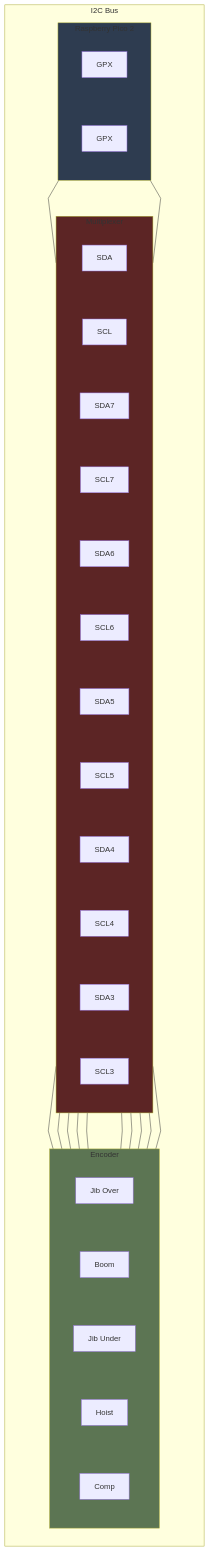
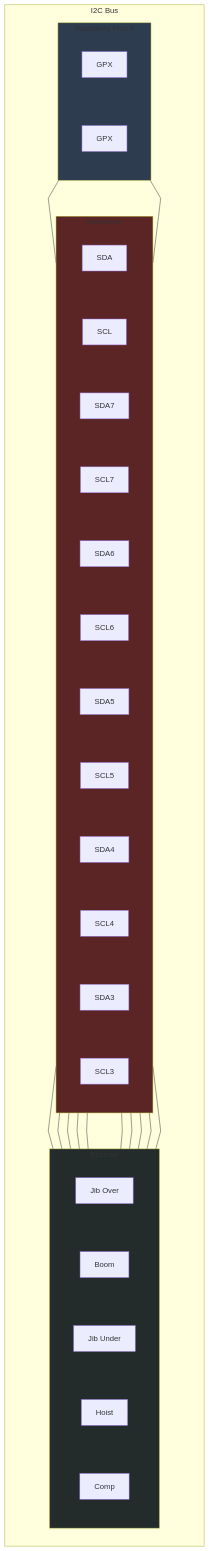
The second of 4 diagrams in README.md (lyngstad-armin/scale-crane-electric-wire-luffing), drawn with Mermaid before and after one commit. The commit also changed other lines of this file, not shown here.

Commit message:
Fixed broken hexes, and invalid syntax in power wiring schematic

````diff
--- a/README.md
+++ b/README.md
@@ -203,6 +203,6 @@
 
 %% STYLE FILL
 style PICO fill:#2e3c50
-style ENC fill:#242b
+style ENC fill:#242b2b
 style MPX fill:#5c2525
 ```
````
